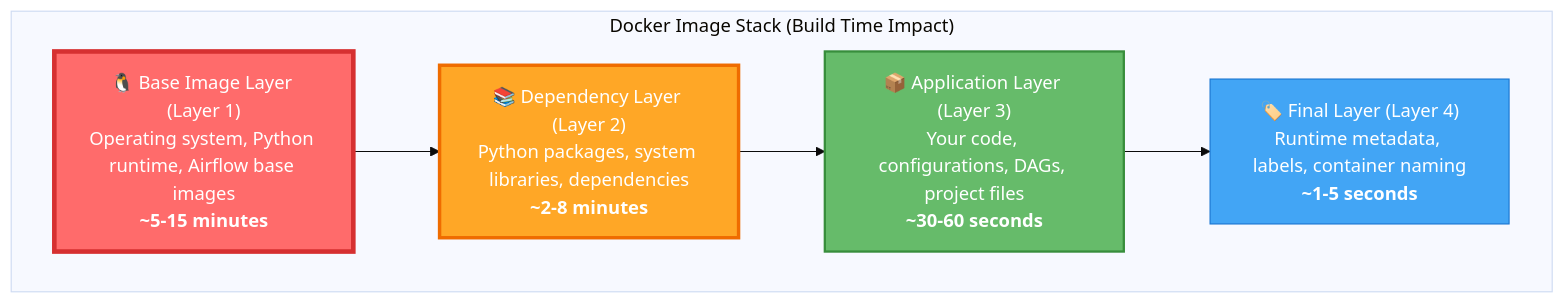
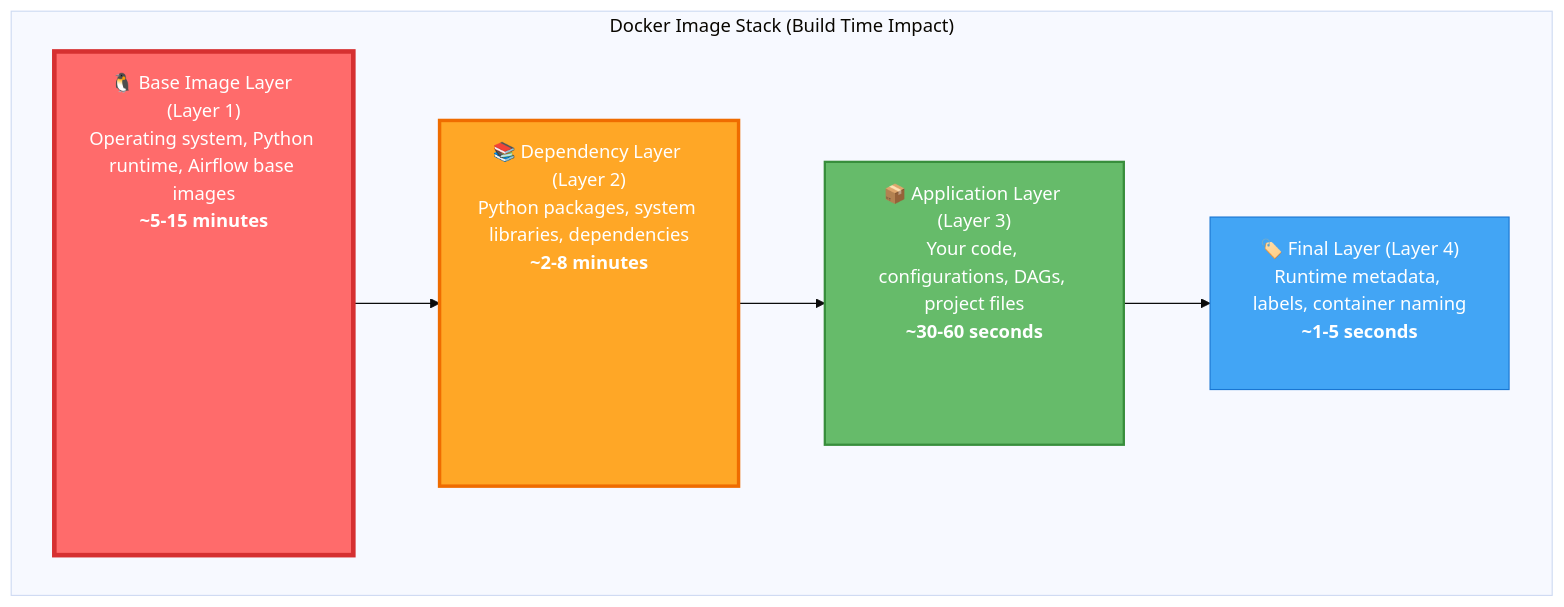
One commit to Troubladore/data-eng-template changed the diagram in docs/template-configuration.md. Above: the diagram before and after it, drawn with Mermaid (base theme).

Commit message:
fix: Improve Docker layer diagram orientation and sizing
- Stack layers vertically with base layer at bottom
- Size layers proportionally to show relative build impact
- Layer 1 (base) largest, Layer 4 (final) smallest
- More intuitive visual representation of Docker layer stack

🤖 Generated with [Claude Code](https://claude.ai/code)

````diff
--- a/docs/template-configuration.md
+++ b/docs/template-configuration.md
@@ -11,18 +11,18 @@
 ```mermaid
-graph TB
+graph TD
     subgraph "Docker Image Stack (Build Time Impact)"
-        L4["🏷️ Final Layer (Layer 4)<br/>Runtime metadata, labels, container naming<br/><b>~1-5 seconds</b>"]
-        L3["📦 Application Layer (Layer 3)<br/>Your code, configurations, DAGs, project files<br/><b>~30-60 seconds</b>"]
-        L2["📚 Dependency Layer (Layer 2)<br/>Python packages, system libraries, dependencies<br/><b>~2-8 minutes</b>"]
-        L1["🐧 Base Image Layer (Layer 1)<br/>Operating system, Python runtime, Airflow base images<br/><b>~5-15 minutes</b>"]
+        L4["🏷️ Final Layer (Layer 4)<br/>Runtime metadata, labels, container naming<br/><b>~1-5 seconds</b><br/><br/>"]
+        L3["📦 Application Layer (Layer 3)<br/>Your code, configurations, DAGs, project files<br/><b>~30-60 seconds</b><br/><br/><br/><br/>"]
+        L2["📚 Dependency Layer (Layer 2)<br/>Python packages, system libraries, dependencies<br/><b>~2-8 minutes</b><br/><br/><br/><br/><br/><br/><br/><br/>"]
+        L1["🐧 Base Image Layer (Layer 1)<br/>Operating system, Python runtime, Airflow base images<br/><b>~5-15 minutes</b><br/><br/><br/><br/><br/><br/><br/><br/><br/><br/><br/><br/>"]
     end
 
     L1 --> L2
     L2 --> L3
     L3 --> L4
 
     style L1 fill:#ff6b6b,stroke:#d63031,stroke-width:4px,color:#fff
     style L2 fill:#ffa726,stroke:#ef6c00,stroke-width:3px,color:#fff
     style L3 fill:#66bb6a,stroke:#388e3c,stroke-width:2px,color:#fff
     style L4 fill:#42a5f5,stroke:#1976d2,stroke-width:1px,color:#fff
 ```
````
